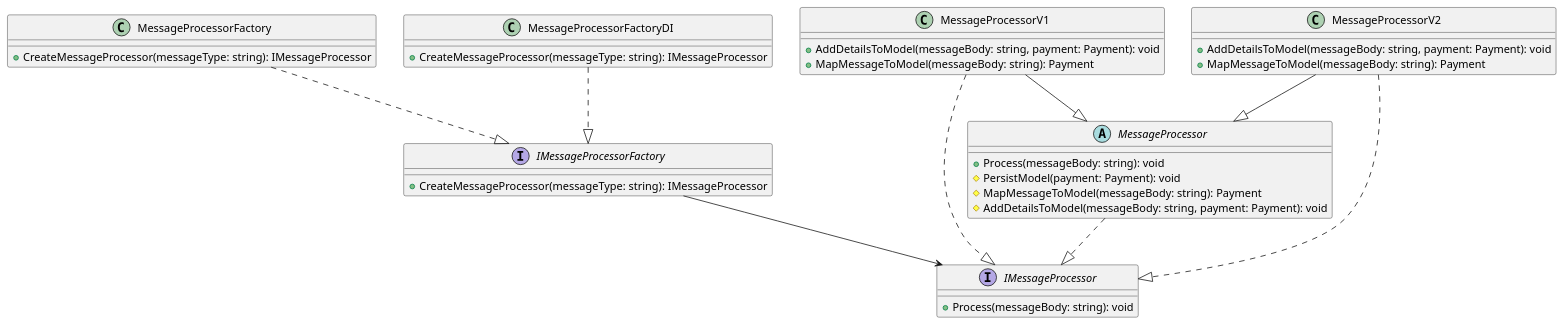
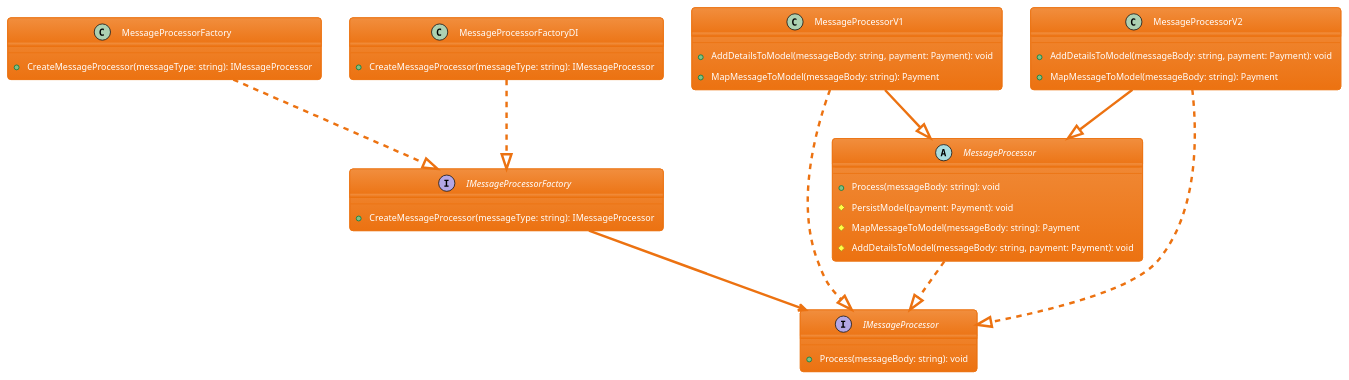
One commit to raduc76/DesignPatterns_FactoryMethod changed the diagram in FactoryMethod.Core/Diagrams/DesignPatterns_FactoryMethod.puml. Above: the diagram before and after it, drawn with PlantUML.

Commit message:
Update class diagram theme

```diff
--- a/FactoryMethod.Core/Diagrams/DesignPatterns_FactoryMethod.puml
+++ b/FactoryMethod.Core/Diagrams/DesignPatterns_FactoryMethod.puml
@@ -2,45 +2,46 @@
 @startuml DesignPatterns_FactoryMethod
+!theme aws-orange
 
 interface IMessageProcessor {
     +Process(messageBody: string): void
 }
 
 interface IMessageProcessorFactory {
     +CreateMessageProcessor(messageType: string): IMessageProcessor
 }
 
 abstract class MessageProcessor {
     +Process(messageBody: string): void
     #PersistModel(payment: Payment): void
     #MapMessageToModel(messageBody: string): Payment
     #AddDetailsToModel(messageBody: string, payment: Payment): void
 }
 
 class MessageProcessorV1 {
     +AddDetailsToModel(messageBody: string, payment: Payment): void
     +MapMessageToModel(messageBody: string): Payment
 }
 
 class MessageProcessorV2 {
     +AddDetailsToModel(messageBody: string, payment: Payment): void
     +MapMessageToModel(messageBody: string): Payment
 }
 
 class MessageProcessorFactory {
     +CreateMessageProcessor(messageType: string): IMessageProcessor
 }
 
 class MessageProcessorFactoryDI {
     +CreateMessageProcessor(messageType: string): IMessageProcessor
 }
 
 MessageProcessor ..|> IMessageProcessor
 MessageProcessorV1 --|> MessageProcessor
 MessageProcessorV2 --|> MessageProcessor
 MessageProcessorV1 ..|> IMessageProcessor
 MessageProcessorV2 ..|> IMessageProcessor
 MessageProcessorFactory ..|> IMessageProcessorFactory
 MessageProcessorFactoryDI ..|> IMessageProcessorFactory
 IMessageProcessorFactory --> IMessageProcessor
 
 @enduml
```
